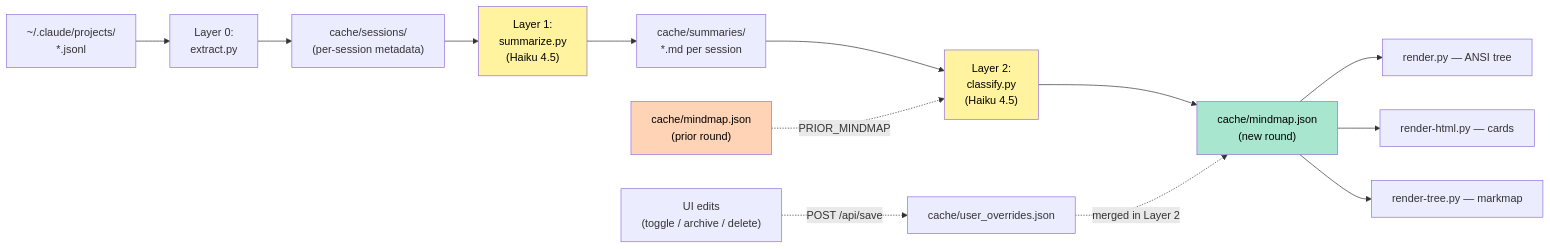
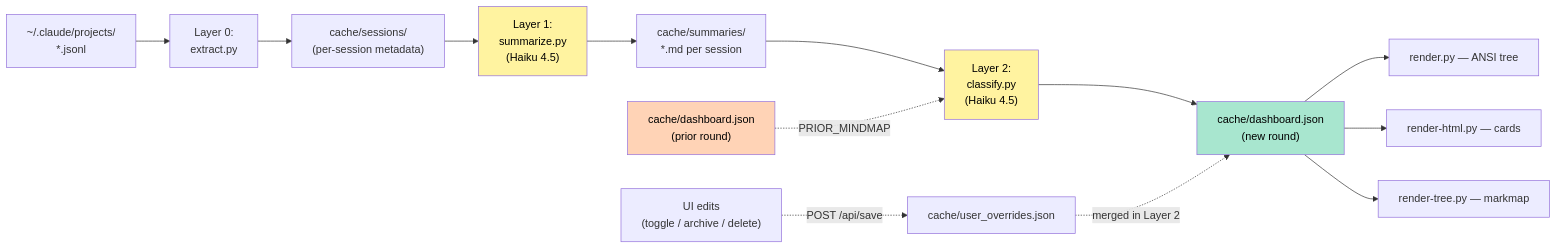
The first of 8 diagrams in docs/ARCHITECTURE.md (Icesource/claude-stray), drawn with Mermaid before and after one commit. The commit also changed other lines of this file and 24 other files, not shown here.

First line of the commit message:
docs: 全仓文档去陈旧——mindmap-- → stray--、mindmap.json/.html → dashboard.*,ARCHITECTURE/TROUBLESHOOTING 更新

````diff
--- a/docs/ARCHITECTURE.md
+++ b/docs/ARCHITECTURE.md
@@ -28,20 +33,20 @@
 ```mermaid
 flowchart LR
     A["~/.claude/projects/<br/>*.jsonl"] --> L0["Layer 0:<br/>extract.py"]
     L0 --> S["cache/sessions/<br/>(per-session metadata)"]
     S --> L1["Layer 1:<br/>summarize.py<br/>(Haiku 4.5)"]
     L1 --> SM["cache/summaries/<br/>*.md per session"]
     SM --> L2["Layer 2:<br/>classify.py<br/>(Haiku 4.5)"]
-    P["cache/mindmap.json<br/>(prior round)"] -.->|PRIOR_MINDMAP| L2
-    L2 --> M["cache/mindmap.json<br/>(new round)"]
+    P["cache/dashboard.json<br/>(prior round)"] -.->|PRIOR_MINDMAP| L2
+    L2 --> M["cache/dashboard.json<br/>(new round)"]
     M --> R1["render.py — ANSI tree"]
     M --> R2["render-html.py — cards"]
     M --> R3["render-tree.py — markmap"]
     U["UI edits<br/>(toggle / archive / delete)"] -.->|"POST /api/save"| OV["cache/user_overrides.json"]
     OV -.->|"merged in Layer 2"| M
 
     style L1 fill:#fff3a0,color:#000
     style L2 fill:#fff3a0,color:#000
     style M fill:#a8e6cf,color:#000
     style P fill:#ffd3b6,color:#000
 ```
````
